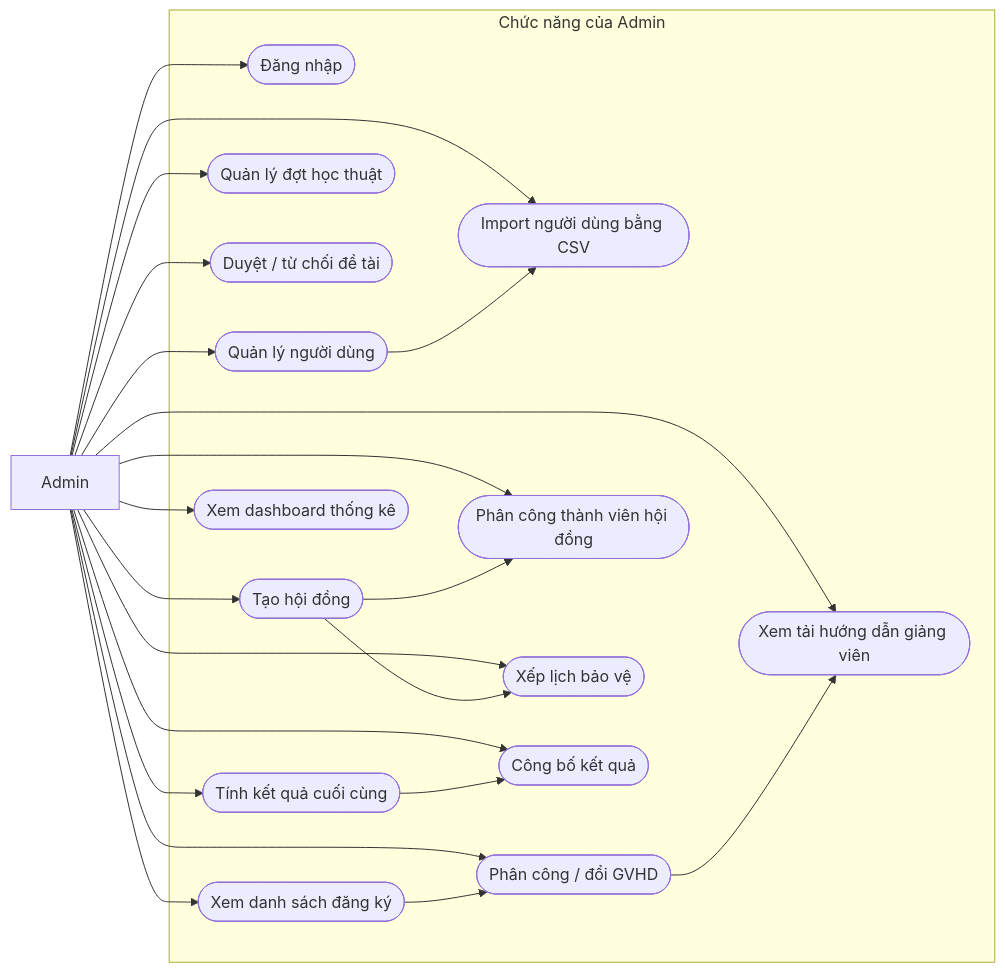
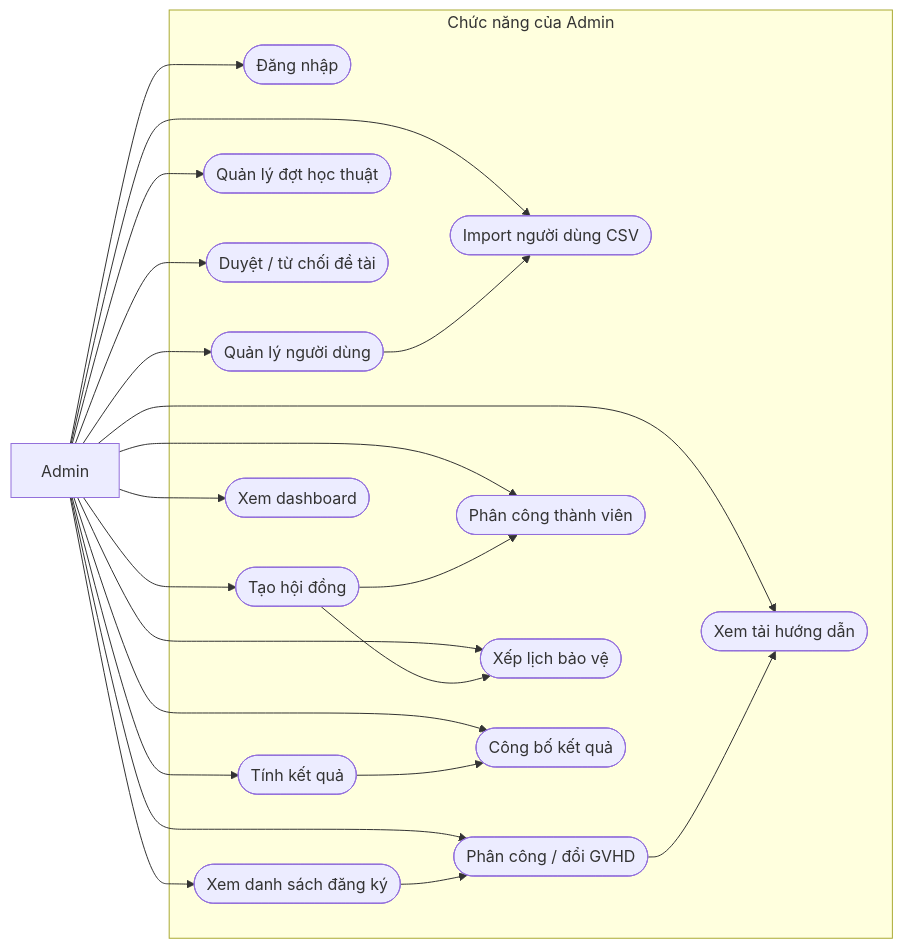
Before and after one commit to VanTruong475/research-thesis-portal: the fourth of 13 diagrams in docs/diagrams_research_thesis_portal.md, drawn with Mermaid. The commit also changed other lines of this file, not shown here.

Commit message:
docs(diagrams): simplify thesis report diagrams

````diff
--- a/docs/diagrams_research_thesis_portal.md
+++ b/docs/diagrams_research_thesis_portal.md
@@ -159,43 +153,43 @@
 ```mermaid
 flowchart LR
     Admin["Admin"]
 
     subgraph AdminCases["Chức năng của Admin"]
         Login(["Đăng nhập"])
         ManageUsers(["Quản lý người dùng"])
-        ImportUsers(["Import người dùng bằng CSV"])
+        ImportUsers(["Import người dùng CSV"])
         ManagePeriods(["Quản lý đợt học thuật"])
         ReviewTopics(["Duyệt / từ chối đề tài"])
         ViewRegistrations(["Xem danh sách đăng ký"])
         AssignSupervisor(["Phân công / đổi GVHD"])
-        ViewLecturerWorkload(["Xem tải hướng dẫn giảng viên"])
+        ViewLecturerWorkload(["Xem tải hướng dẫn"])
         ManageCouncils(["Tạo hội đồng"])
-        AssignCouncilMembers(["Phân công thành viên hội đồng"])
+        AssignCouncilMembers(["Phân công thành viên"])
         ScheduleDefense(["Xếp lịch bảo vệ"])
-        CalculateFinalResult(["Tính kết quả cuối cùng"])
+        CalculateFinalResult(["Tính kết quả"])
         PublishFinalResult(["Công bố kết quả"])
-        ViewDashboard(["Xem dashboard thống kê"])
+        ViewDashboard(["Xem dashboard"])
     end
 
     Admin --> Login
     Admin --> ManageUsers
     Admin --> ImportUsers
     Admin --> ManagePeriods
     Admin --> ReviewTopics
     Admin --> ViewRegistrations
     Admin --> AssignSupervisor
     Admin --> ViewLecturerWorkload
     Admin --> ManageCouncils
     Admin --> AssignCouncilMembers
     Admin --> ScheduleDefense
     Admin --> CalculateFinalResult
     Admin --> PublishFinalResult
     Admin --> ViewDashboard
 
     ManageUsers --> ImportUsers
     ViewRegistrations --> AssignSupervisor
     AssignSupervisor --> ViewLecturerWorkload
     ManageCouncils --> AssignCouncilMembers
     ManageCouncils --> ScheduleDefense
     CalculateFinalResult --> PublishFinalResult
 ```
````
